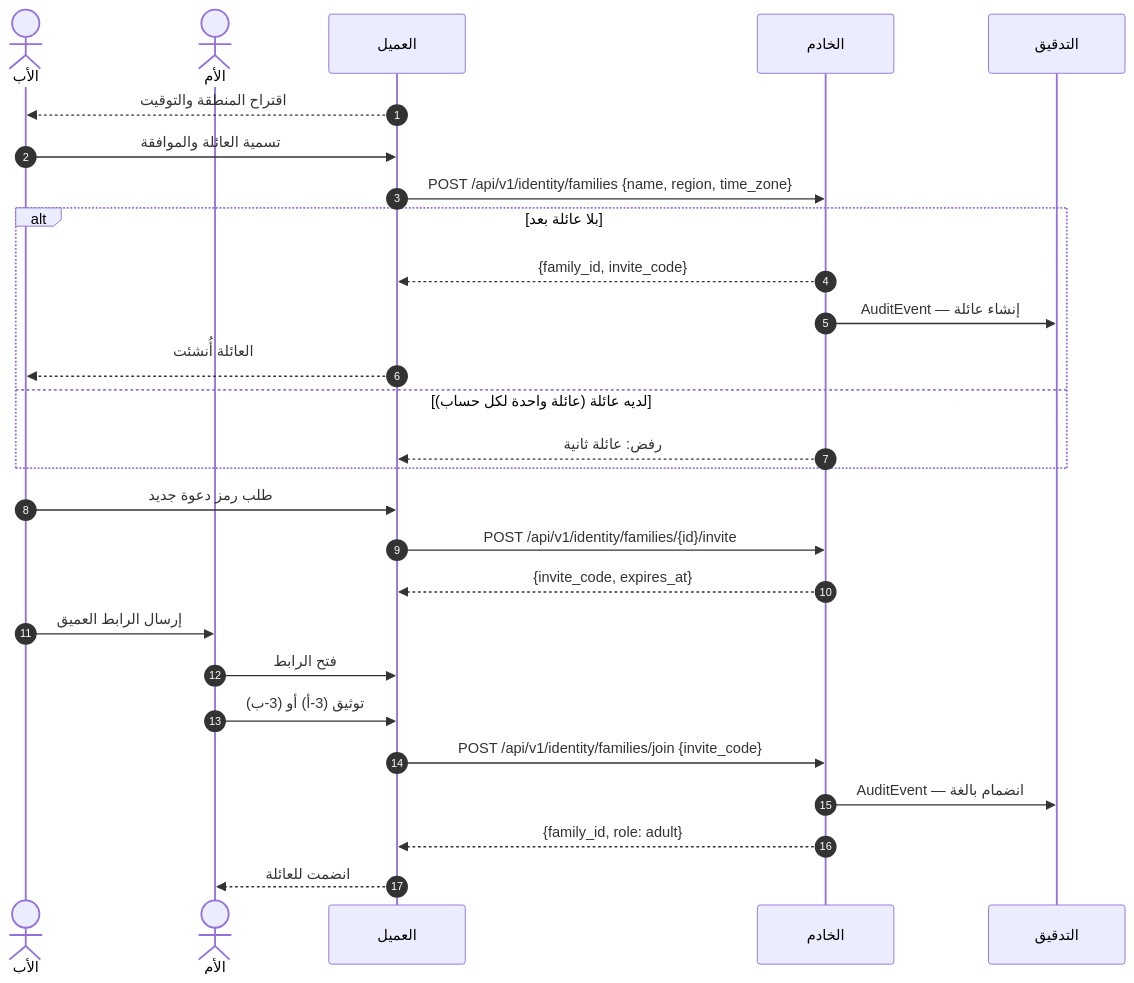
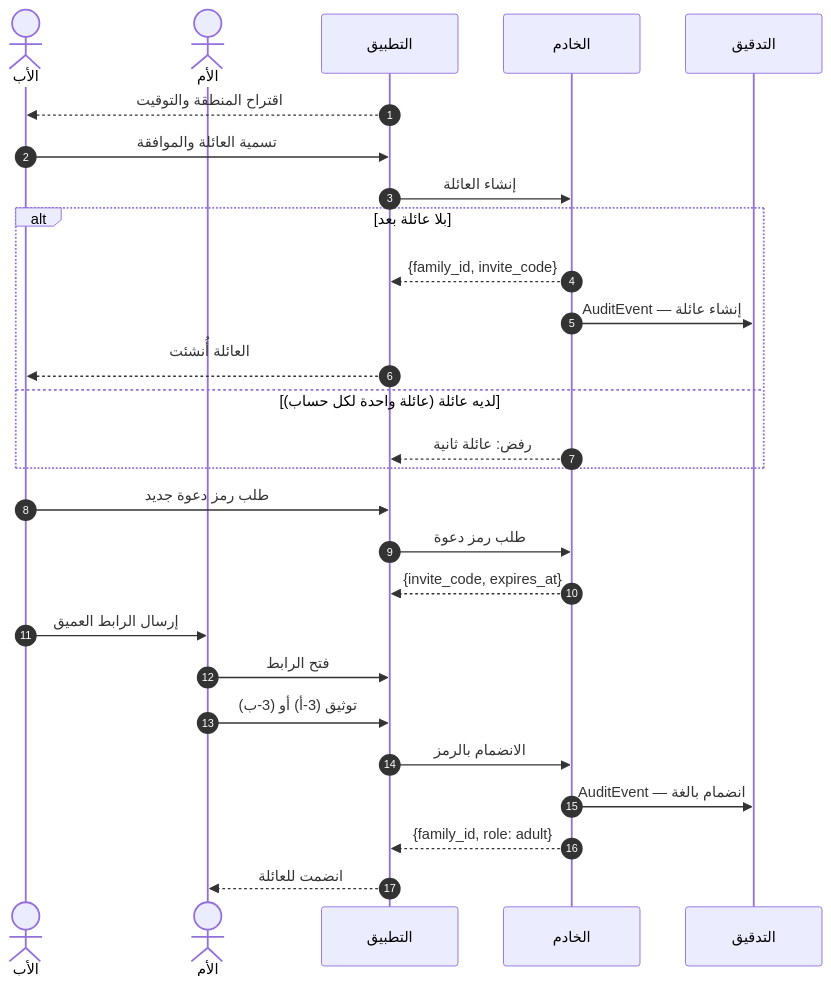
One commit to Bassam-mohammed-alqaeadi/family-os-v2 changed the eighth of 36 diagrams in docs/family-os/governance/phases/phase-1/S1-02-identity-and-onboarding/DIAGRAMS.md. Above: the diagram before and after it, drawn with Mermaid. The commit also changed other lines of this file, not shown here.

````diff
--- a/docs/family-os/governance/phases/phase-1/S1-02-identity-and-onboarding/DIAGRAMS.md
+++ b/docs/family-os/governance/phases/phase-1/S1-02-identity-and-onboarding/DIAGRAMS.md
@@ -406,29 +418,30 @@
 ```mermaid
+%%{init: {"sequence": {"wrap": true}}}%%
 sequenceDiagram
     autonumber
     actor Father as الأب
     actor Mother as الأم
-    participant Client as العميل
+    participant App as التطبيق
     participant Ktor as الخادم
     participant Audit as التدقيق
-    Client-->>Father: اقتراح المنطقة والتوقيت
-    Father->>Client: تسمية العائلة والموافقة
-    Client->>Ktor: POST /api/v1/identity/families {name, region, time_zone}
+    App-->>Father: اقتراح المنطقة والتوقيت
+    Father->>App: تسمية العائلة والموافقة
+    App->>Ktor: إنشاء العائلة
     alt بلا عائلة بعد
-        Ktor-->>Client: {family_id, invite_code}
+        Ktor-->>App: {family_id, invite_code}
         Ktor->>Audit: AuditEvent — إنشاء عائلة
-        Client-->>Father: العائلة أُنشئت
+        App-->>Father: العائلة أُنشئت
     else لديه عائلة (عائلة واحدة لكل حساب)
-        Ktor-->>Client: رفض: عائلة ثانية
+        Ktor-->>App: رفض: عائلة ثانية
     end
-    Father->>Client: طلب رمز دعوة جديد
-    Client->>Ktor: POST /api/v1/identity/families/{id}/invite
-    Ktor-->>Client: {invite_code, expires_at}
+    Father->>App: طلب رمز دعوة جديد
+    App->>Ktor: طلب رمز دعوة
+    Ktor-->>App: {invite_code, expires_at}
     Father->>Mother: إرسال الرابط العميق
-    Mother->>Client: فتح الرابط
-    Mother->>Client: توثيق (3-أ) أو (3-ب)
-    Client->>Ktor: POST /api/v1/identity/families/join {invite_code}
+    Mother->>App: فتح الرابط
+    Mother->>App: توثيق (3-أ) أو (3-ب)
+    App->>Ktor: الانضمام بالرمز
     Ktor->>Audit: AuditEvent — انضمام بالغة
-    Ktor-->>Client: {family_id, role: adult}
-    Client-->>Mother: انضمت للعائلة
+    Ktor-->>App: {family_id, role: adult}
+    App-->>Mother: انضمت للعائلة
 ```
````
